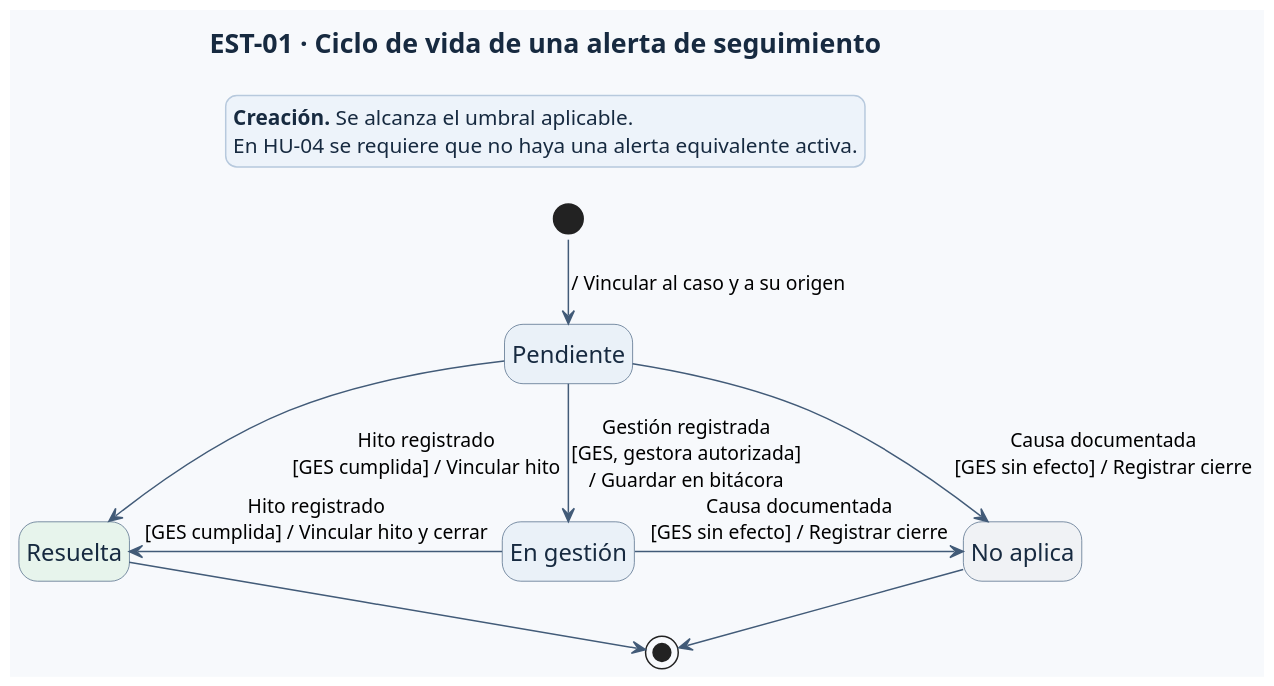
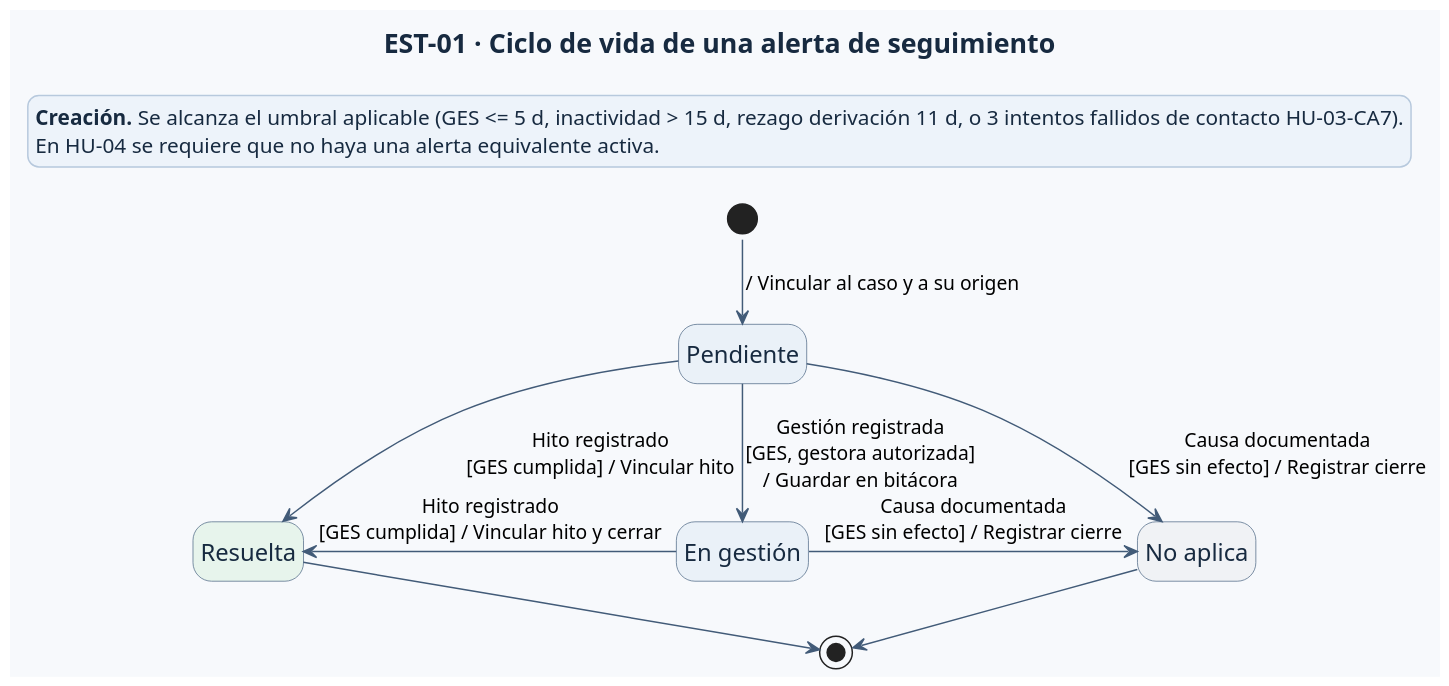
One commit to br1fz/OncoTrace changed the first of 4 diagrams in diagramas/estados-objetos.puml. Above: the diagram before and after it, drawn with PlantUML. The commit also changed 12 other files, not shown here.

```diff
--- a/diagramas/estados-objetos.puml
+++ b/diagramas/estados-objetos.puml
@@ -2,44 +2,44 @@
 @startuml EST-01-AlertaSeguimiento
 !pragma layout smetana
 hide empty description
 skinparam shadowing false
 skinparam dpi 144
 skinparam backgroundColor #F7F9FC
 skinparam defaultFontName SansSerif
 skinparam titleFontSize 18
 skinparam titleFontColor #172A40
 skinparam stateFontSize 16
 skinparam stateArrowFontSize 13
 skinparam legendBackgroundColor #EDF3FA
 skinparam legendBorderColor #B7C9DD
 skinparam legendFontColor #172A40
 skinparam state {
   BackgroundColor #EAF1F8
   BorderColor #526B87
   FontColor #172A40
   ArrowColor #425B78
   StartColor #526B87
   EndColor #526B87
 }
 
 title EST-01 · Ciclo de vida de una alerta de seguimiento
 
 state "Pendiente" as P
 state "En gestión" as G
 state "Resuelta" as R #E7F4EC
 state "No aplica" as N #F0F2F5
 
 [*] -down-> P : / Vincular al caso y a su origen
 P -down-> G : Gestión registrada\n[GES, gestora autorizada]\n/ Guardar en bitácora
 P -down-> R : Hito registrado\n[GES cumplida] / Vincular hito
 P -down-> N : Causa documentada\n[GES sin efecto] / Registrar cierre
 G -left-> R : Hito registrado\n[GES cumplida] / Vincular hito y cerrar
 G -right-> N : Causa documentada\n[GES sin efecto] / Registrar cierre
 R -down-> [*]
 N -down-> [*]
 
 legend top
-  **Creación.** Se alcanza el umbral aplicable.
+  **Creación.** Se alcanza el umbral aplicable (GES <= 5 d, inactividad > 15 d, rezago derivación 11 d, o 3 intentos fallidos de contacto HU-03-CA7).
   En HU-04 se requiere que no haya una alerta equivalente activa.
 endlegend
 @enduml
```
